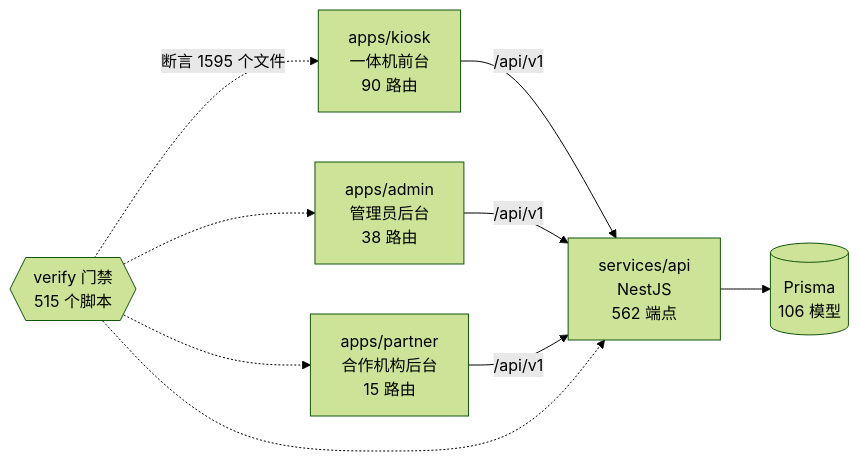
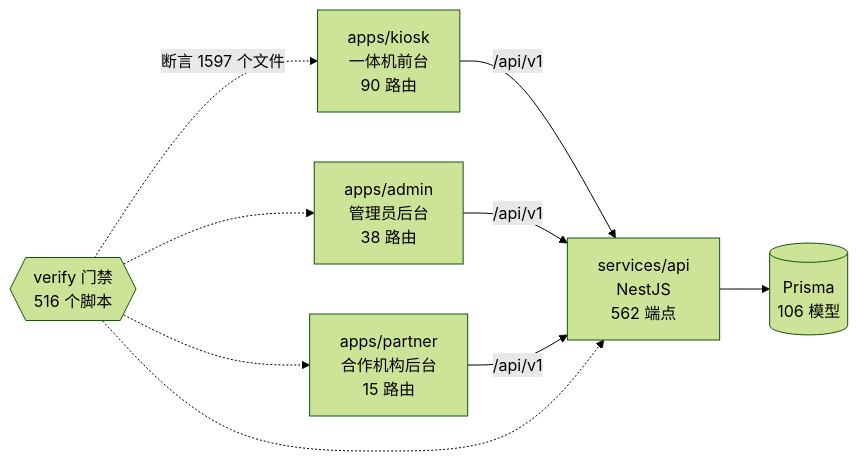
The diagram in docs/graph/README.md (wanglei581/YITIJI), drawn with Mermaid (forest theme) before and after one commit. The commit also changed other lines of this file and 3 other files, not shown here.

Commit message:
docs: P1-18 进度；图谱

````diff
--- a/docs/graph/README.md
+++ b/docs/graph/README.md
@@ -68,18 +68,18 @@
 ```mermaid
 flowchart LR
   kiosk["apps/kiosk<br/>一体机前台<br/>90 路由"]
   admin["apps/admin<br/>管理员后台<br/>38 路由"]
   partner["apps/partner<br/>合作机构后台<br/>15 路由"]
   api["services/api<br/>NestJS<br/>562 端点"]
   db[("Prisma<br/>106 模型")]
-  gates{{"verify 门禁<br/>515 个脚本"}}
+  gates{{"verify 门禁<br/>516 个脚本"}}
 
   kiosk -->|"/api/v1"| api
   admin -->|"/api/v1"| api
   partner -->|"/api/v1"| api
   api --> db
-  gates -.->|"断言 1595 个文件"| kiosk
+  gates -.->|"断言 1597 个文件"| kiosk
   gates -.-> admin
   gates -.-> partner
   gates -.-> api
 ```
````
